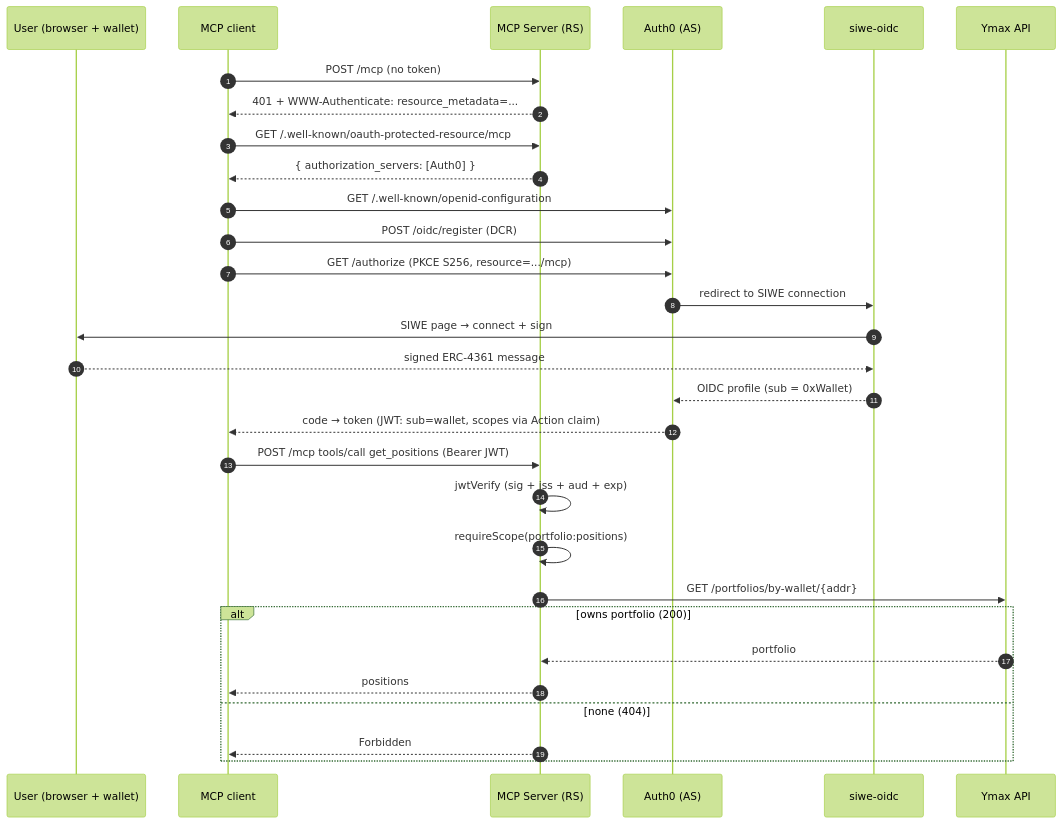
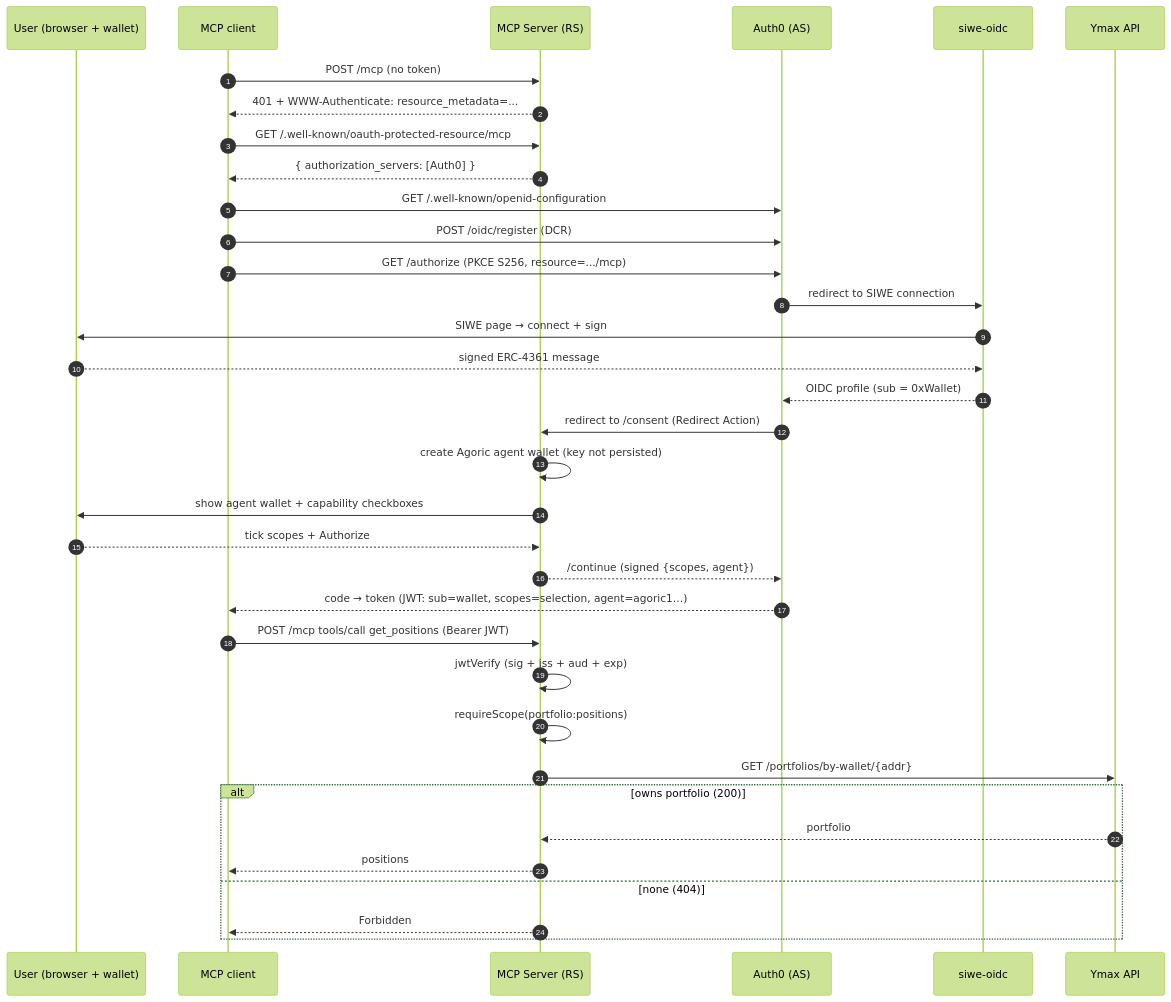
One commit to rabi-siddique/auth0-siwe changed the diagram in docs/design-authn-authz.md. Above: the diagram before and after it, drawn with Mermaid (forest theme). The commit also changed other lines of this file and 9 other files, not shown here.

````diff
--- a/docs/design-authn-authz.md
+++ b/docs/design-authn-authz.md
@@ -86,33 +88,38 @@
 ```mermaid
 sequenceDiagram
     autonumber
     participant U as User (browser + wallet)
     participant C as MCP client
     participant M as MCP Server (RS)
     participant A as Auth0 (AS)
     participant S as siwe-oidc
     participant Y as Ymax API
 
     C->>M: POST /mcp (no token)
     M-->>C: 401 + WWW-Authenticate: resource_metadata=...
     C->>M: GET /.well-known/oauth-protected-resource/mcp
     M-->>C: { authorization_servers: [Auth0] }
     C->>A: GET /.well-known/openid-configuration
     C->>A: POST /oidc/register (DCR)
     C->>A: GET /authorize (PKCE S256, resource=.../mcp)
     A->>S: redirect to SIWE connection
     S->>U: SIWE page → connect + sign
     U-->>S: signed ERC-4361 message
     S-->>A: OIDC profile (sub = 0xWallet)
-    A-->>C: code → token (JWT: sub=wallet, scopes via Action claim)
+    A->>M: redirect to /consent (Redirect Action)
+    M->>M: create Agoric agent wallet (key not persisted)
+    M->>U: show agent wallet + capability checkboxes
+    U-->>M: tick scopes + Authorize
+    M-->>A: /continue (signed {scopes, agent})
+    A-->>C: code → token (JWT: sub=wallet, scopes=selection, agent=agoric1…)
     C->>M: POST /mcp tools/call get_positions (Bearer JWT)
     M->>M: jwtVerify (sig + iss + aud + exp)
     M->>M: requireScope(portfolio:positions)
     M->>Y: GET /portfolios/by-wallet/{addr}
     alt owns portfolio (200)
         Y-->>M: portfolio
         M-->>C: positions
     else none (404)
         M-->>C: Forbidden
     end
 ```
````
